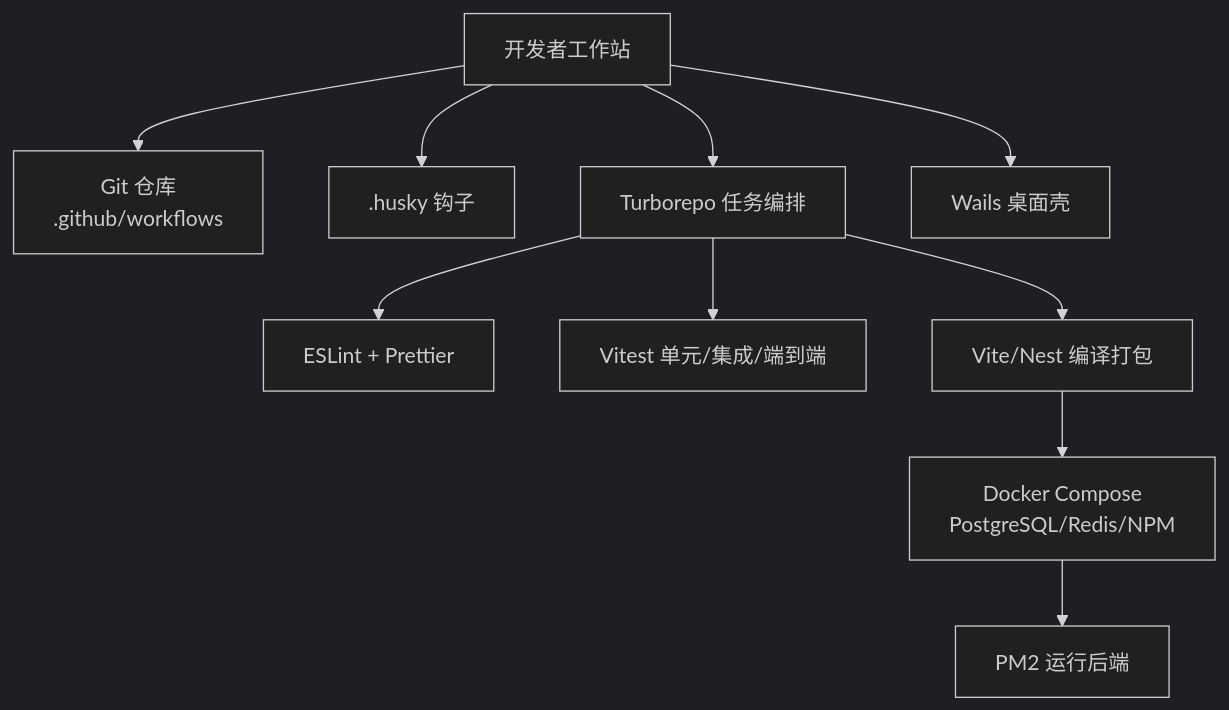
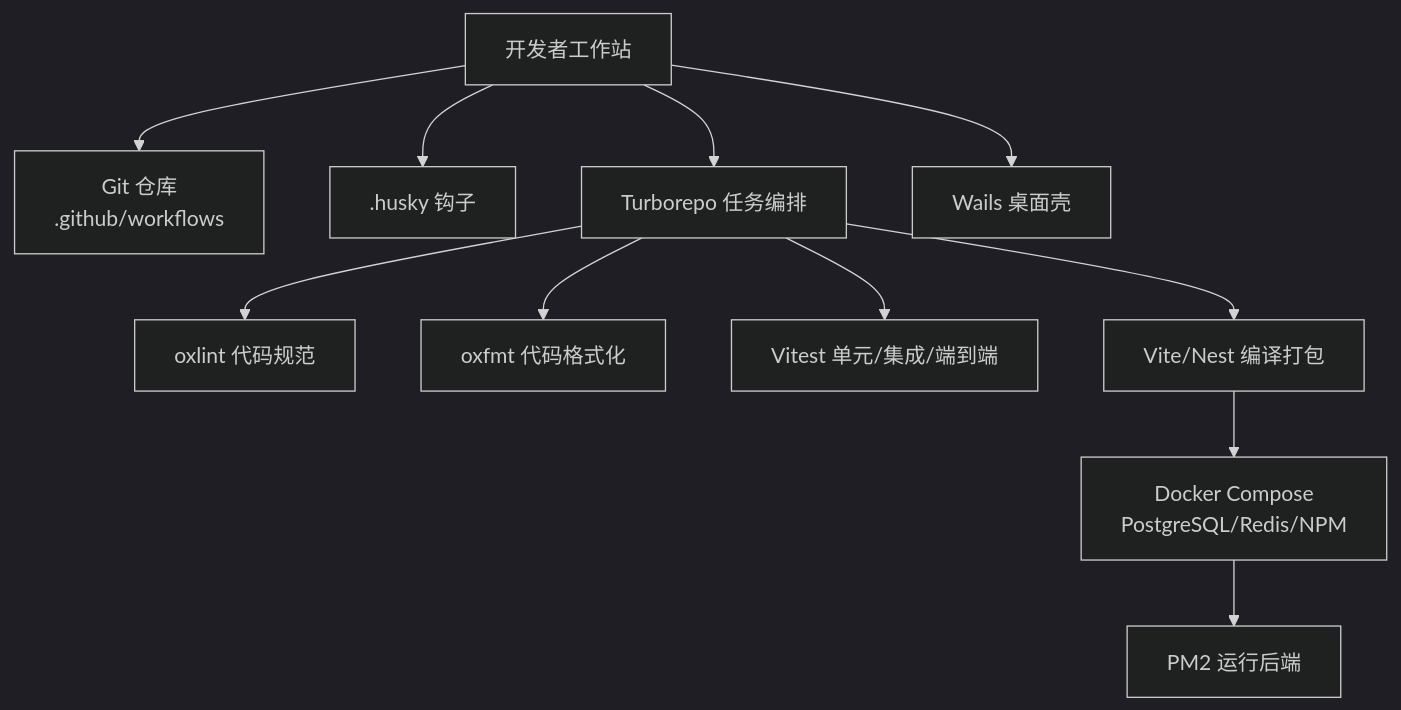
One commit to xixixiaoyu/Todo changed the second of 7 diagrams in .qoder/repowiki/zh/content/开发指南/开发指南.md. Above: the diagram before and after it, drawn with Mermaid (dark theme). The commit also changed other lines of this file and 6 other files, not shown here.

````diff
--- a/.qoder/repowiki/zh/content/开发指南/开发指南.md
+++ b/.qoder/repowiki/zh/content/开发指南/开发指南.md
@@ -138,22 +154,24 @@
 ```mermaid
 graph TB
 Dev["开发者工作站"]
 Git["Git 仓库<br/>.github/workflows"]
 Husky[".husky 钩子"]
 Turbo["Turborepo 任务编排"]
-Lint["ESLint + Prettier"]
+Oxlint["oxlint 代码规范"]
+Oxfmt["oxfmt 代码格式化"]
 Test["Vitest 单元/集成/端到端"]
 Build["Vite/Nest 编译打包"]
 Docker["Docker Compose<br/>PostgreSQL/Redis/NPM"]
 PM2["PM2 运行后端"]
 Wails["Wails 桌面壳"]
 Dev --> Git
 Dev --> Husky
 Dev --> Turbo
-Turbo --> Lint
+Turbo --> Oxlint
+Turbo --> Oxfmt
 Turbo --> Test
 Turbo --> Build
 Build --> Docker
 Docker --> PM2
 Dev --> Wails
 ```
````
